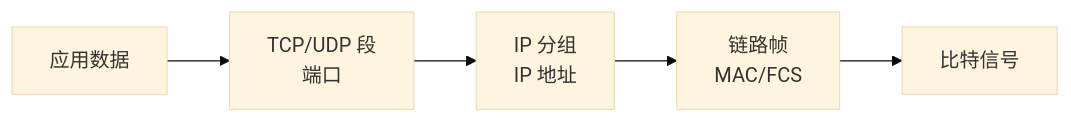
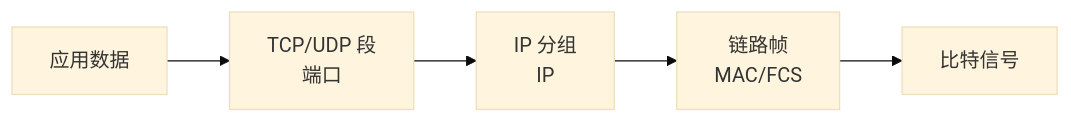
One commit to 74262195/system-architect-notes changed the diagram in 01_综合知识/01_计算机系统基础知识/03_计算机网络/网络协议与OSI七层.md. Above: the diagram before and after it, drawn with Mermaid (base theme). The commit also changed other lines of this file, not shown here.

````diff
--- a/01_综合知识/01_计算机系统基础知识/03_计算机网络/网络协议与OSI七层.md
+++ b/01_综合知识/01_计算机系统基础知识/03_计算机网络/网络协议与OSI七层.md
@@ -57,7 +54,7 @@
-~~~mermaid
+```mermaid
 flowchart LR
-    A["应用数据"] --> B["TCP/UDP 段<br/>端口"]
-    B --> C["IP 分组<br/>IP 地址"]
-    C --> D["链路帧<br/>MAC/FCS"]
-    D --> E["比特信号"]
-~~~
+  A[应用数据] --> B[TCP/UDP 段<br/>端口]
+  B --> C[IP 分组<br/>IP]
+  C --> D[链路帧<br/>MAC/FCS]
+  D --> E[比特信号]
+```
````
